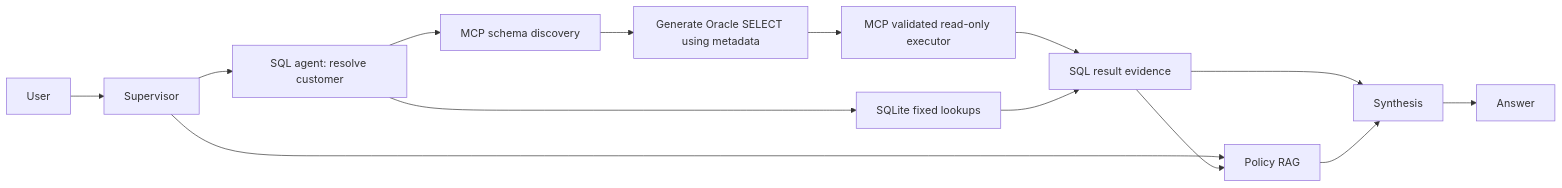
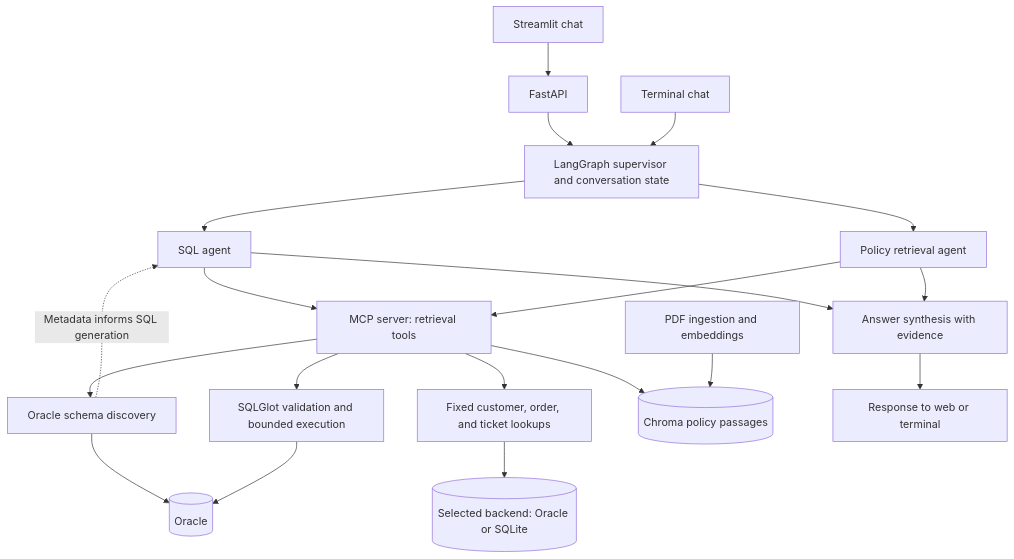
One commit to AsserIsmail/customer-support-multi-agent changed the diagram in README.md. Above: the diagram before and after it, drawn with Mermaid. The commit also changed other lines of this file, not shown here.

````diff
--- a/README.md
+++ b/README.md
@@ -317,16 +19,22 @@
 ```mermaid
-flowchart LR
-    User --> Supervisor
-    Supervisor --> SQL[SQL agent: resolve customer]
-    SQL --> Discovery[MCP schema discovery]
-    Discovery --> Planner[Generate Oracle SELECT using metadata]
-    Planner --> Executor[MCP validated read-only executor]
-    Executor --> Evidence[SQL result evidence]
-    Supervisor --> RAG[Policy RAG]
-    Evidence --> RAG
-    Evidence --> Synthesis
-    RAG --> Synthesis
-    Synthesis --> Answer
-    SQL --> SQLite[SQLite fixed lookups]
-    SQLite --> Evidence
+flowchart TD
+    UI[Streamlit chat] --> API[FastAPI]
+    API --> GRAPH[LangGraph supervisor and conversation state]
+    CLI[Terminal chat] --> GRAPH
+    GRAPH --> SQL[SQL agent]
+    GRAPH --> RAG[Policy retrieval agent]
+    SQL --> MCP[MCP server: retrieval tools]
+    RAG --> MCP
+    MCP --> DISC[Oracle schema discovery]
+    DISC --> ORACLE[(Oracle)]
+    DISC -. Metadata informs SQL generation .-> SQL
+    MCP --> VALID[SQLGlot validation and bounded execution]
+    VALID --> ORACLE
+    MCP --> LOOKUP[Fixed customer, order, and ticket lookups]
+    LOOKUP --> DB[(Selected backend: Oracle or SQLite)]
+    MCP --> CHROMA[(Chroma policy passages)]
+    PDF[PDF ingestion and embeddings] --> CHROMA
+    SQL --> ANSWER[Answer synthesis with evidence]
+    RAG --> ANSWER
+    ANSWER --> CLIENT[Response to web or terminal]
 ```
````
